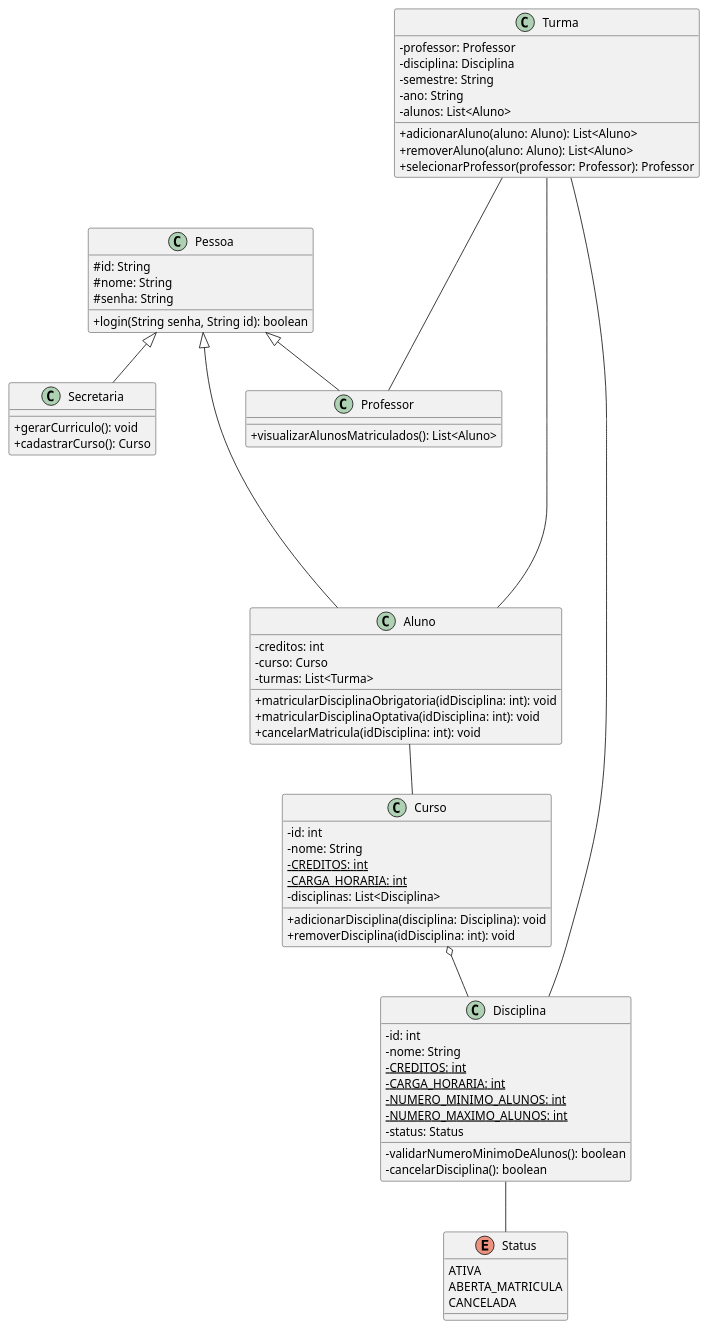
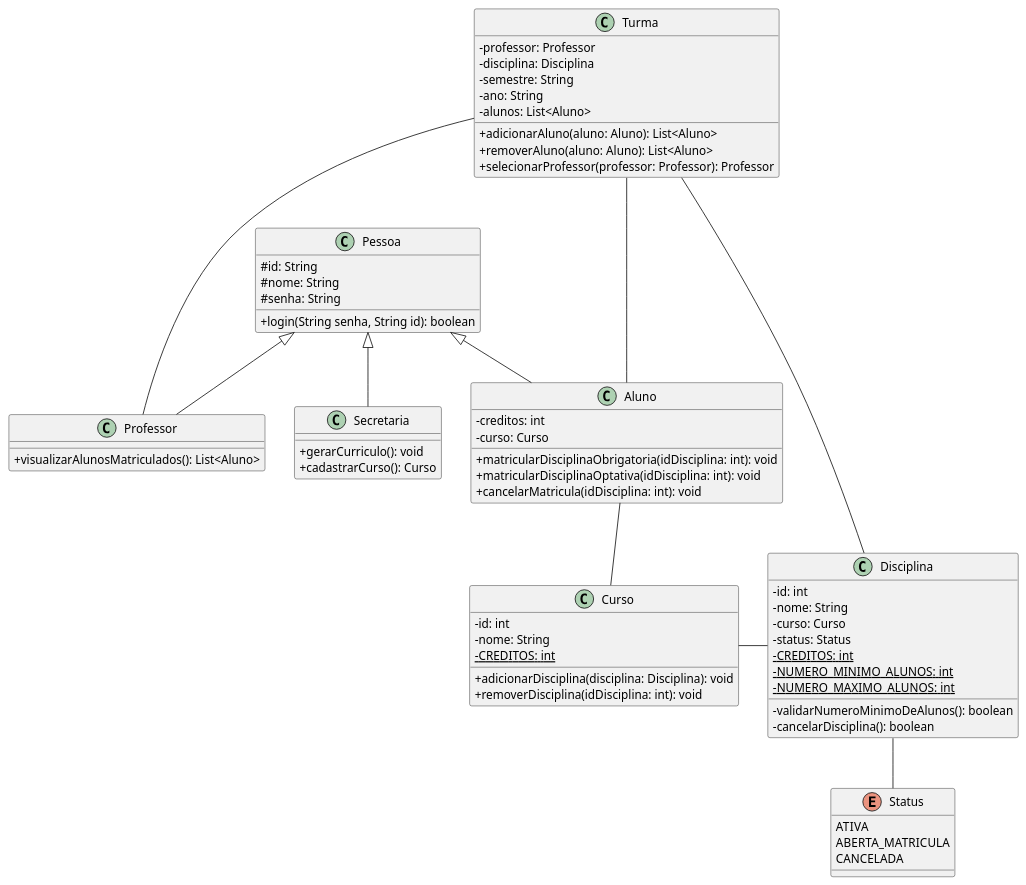
Before and after one commit to AugustoNoronha/labDevSoftware: the diagram in projeto/diagramaDeClasse/diagramaDeClasse.puml, drawn with PlantUML.

Commit message:
Ajustes diagrama de classe

```diff
--- a/projeto/diagramaDeClasse/diagramaDeClasse.puml
+++ b/projeto/diagramaDeClasse/diagramaDeClasse.puml
@@ -3,82 +3,79 @@
 @startuml
 skinparam classAttributeIconSize 0
 
 class Pessoa {
 #id: String
 #nome: String
 #senha: String
 +login(String senha, String id): boolean
 }
 
 Pessoa <|-- Secretaria
 Pessoa <|-- Aluno
 Pessoa <|-- Professor
 
 class Secretaria {
 +gerarCurriculo(): void
 +cadastrarCurso(): Curso
 }
 
 class Aluno  {
 -creditos: int
 -curso: Curso
--turmas: List<Turma>
 +matricularDisciplinaObrigatoria(idDisciplina: int): void
 +matricularDisciplinaOptativa(idDisciplina: int): void
 +cancelarMatricula(idDisciplina: int): void
 }
 
 class Professor  {
 +visualizarAlunosMatriculados(): List<Aluno>
 }
 
 class Curso {
 -id: int
 -nome: String
 -CREDITOS: int {static}
--CARGA_HORARIA: int {static}
--disciplinas: List<Disciplina>
 +adicionarDisciplina(disciplina: Disciplina): void
 +removerDisciplina(idDisciplina: int): void
 }
 
 class Disciplina {
 -id: int
 -nome: String
+-curso: Curso
+-status: Status
 -CREDITOS: int {static}
--CARGA_HORARIA: int {static}
 -NUMERO_MINIMO_ALUNOS: int {static}
 -NUMERO_MAXIMO_ALUNOS: int {static}
--status: Status
 -validarNumeroMinimoDeAlunos(): boolean
 -cancelarDisciplina(): boolean
 }
 
 class Turma{
 -professor: Professor
 -disciplina: Disciplina
 -semestre: String
 -ano: String
 -alunos: List<Aluno>
 +adicionarAluno(aluno: Aluno): List<Aluno>
 +removerAluno(aluno: Aluno): List<Aluno>
 +selecionarProfessor(professor: Professor): Professor
 }
 
 enum Status{
 ATIVA
 ABERTA_MATRICULA
 CANCELADA
 }
 
-Curso o-- Disciplina
+Curso - Disciplina
 
 Aluno -- Curso
 
 Turma -- Disciplina
 Turma --- Professor
-Turma ------ Aluno
+Turma --- Aluno
 
 Disciplina -- Status
 
 @enduml
```
